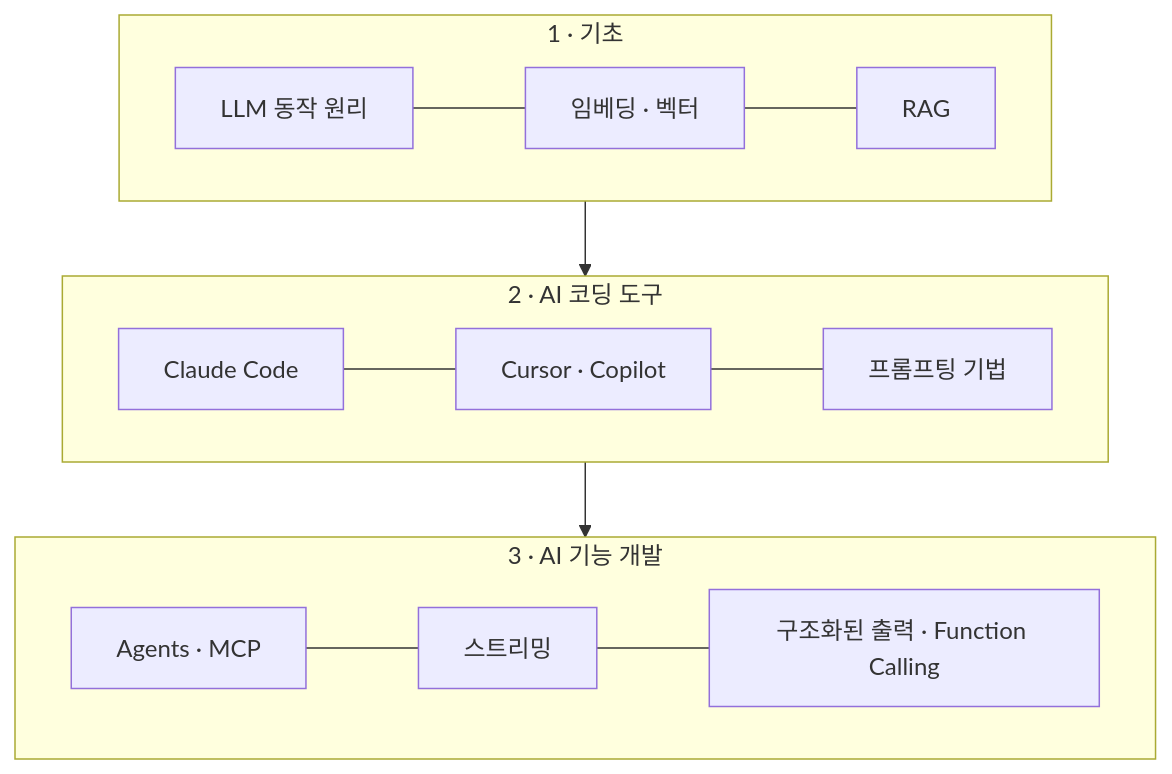
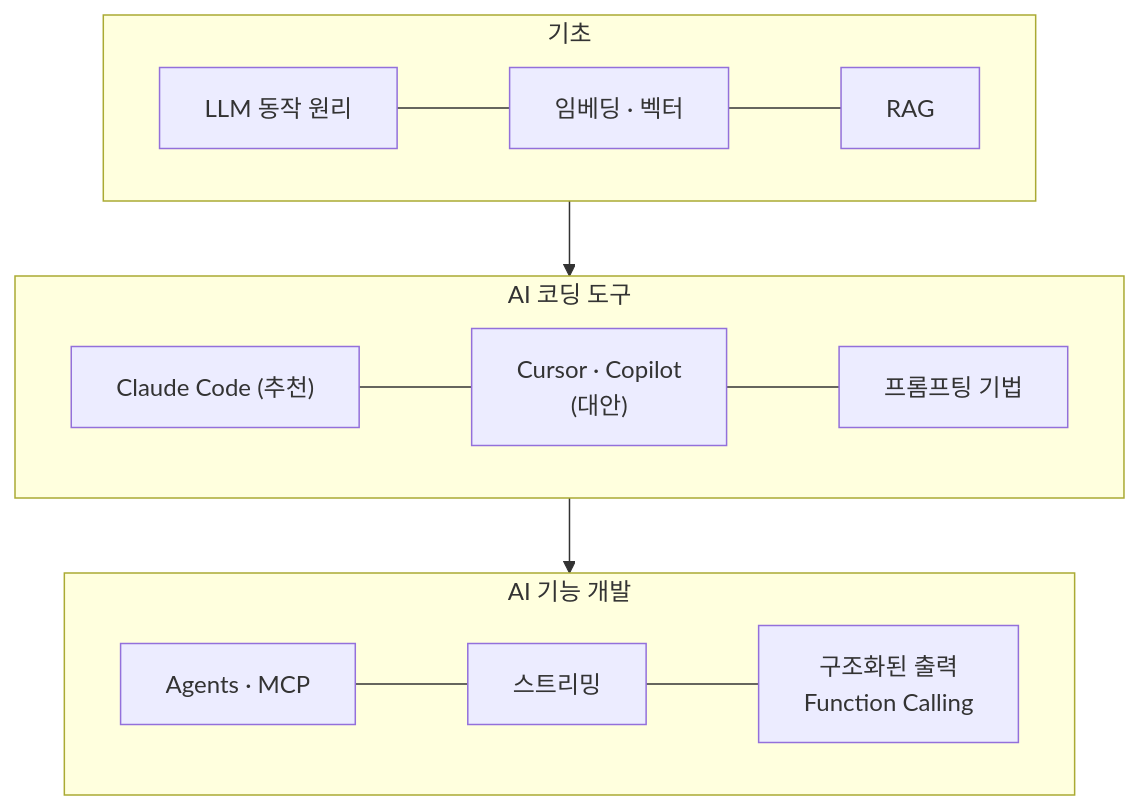
The sixth of 9 diagrams in _pages/Develop/backend-roadmap-2026.md (dmstjd1024/dmstjd1024.github.io), drawn with Mermaid before and after one commit. The commit also changed other lines of this file, not shown here.

````diff
--- a/_pages/Develop/backend-roadmap-2026.md
+++ b/_pages/Develop/backend-roadmap-2026.md
@@ -67,19 +175,19 @@
 ```mermaid
 flowchart TD
-    subgraph BASIC["1 · 기초"]
+    subgraph BASIC["기초"]
         direction LR
         A1[LLM 동작 원리] --- A2[임베딩 · 벡터] --- A3[RAG]
     end
 
-    subgraph TOOL["2 · AI 코딩 도구"]
+    subgraph TOOL["AI 코딩 도구"]
         direction LR
-        B1[Claude Code] --- B2[Cursor · Copilot] --- B3[프롬프팅 기법]
+        B1["Claude Code (추천)"] --- B2["Cursor · Copilot<br/>(대안)"] --- B3[프롬프팅 기법]
     end
 
-    subgraph BUILD["3 · AI 기능 개발"]
+    subgraph BUILD["AI 기능 개발"]
         direction LR
-        C1[Agents · MCP] --- C2[스트리밍] --- C3[구조화된 출력 · Function Calling]
+        C1[Agents · MCP] --- C2[스트리밍] --- C3["구조화된 출력<br/>Function Calling"]
     end
 
     BASIC --> TOOL --> BUILD
 ```
````
